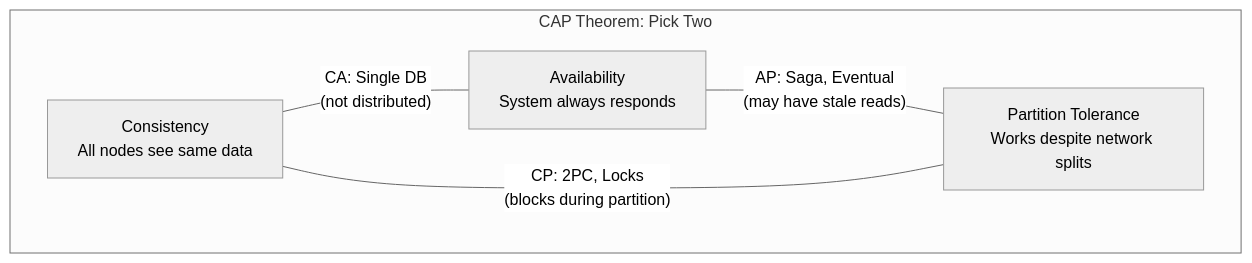
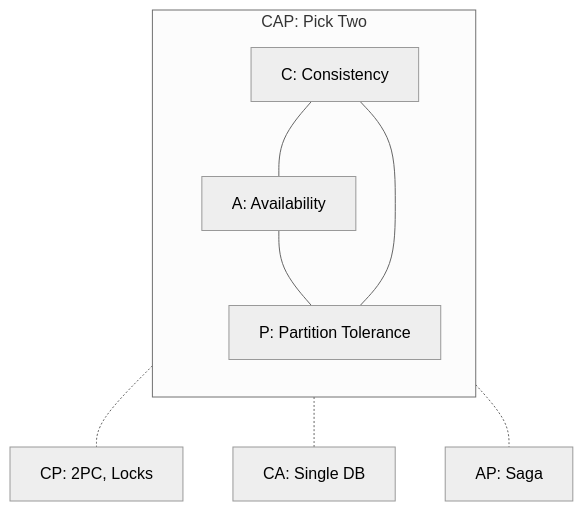
One commit to calmrocks/system-design-dive-deep changed the first of 11 diagrams in SystemDesign/SystemDesign/Sessions/Distributed Transactions/Distributed Transactions.md. Above: the diagram before and after it, drawn with Mermaid (neutral theme). The commit also changed other lines of this file, not shown here.

Commit message:
vault backup: 2026-01-26 14:40:21

```diff
--- a/SystemDesign/SystemDesign/Sessions/Distributed Transactions/Distributed Transactions.md
+++ b/SystemDesign/SystemDesign/Sessions/Distributed Transactions/Distributed Transactions.md
@@ -51,12 +51,13 @@
 ~~~mermaid
-flowchart TB
-    subgraph CAP["CAP Theorem: Pick Two"]
-        C["Consistency<br/>All nodes see same data"]
-        A["Availability<br/>System always responds"]
-        P["Partition Tolerance<br/>Works despite network splits"]
+flowchart TD
+    subgraph CAP["CAP: Pick Two"]
+        direction TB
+        C["C: Consistency"] --- A["A: Availability"]
+        A --- P["P: Partition Tolerance"]
+        P --- C
     end
     
-    C ---|"CA: Single DB<br/>(not distributed)"| A
-    A ---|"AP: Saga, Eventual<br/>(may have stale reads)"| P
-    P ---|"CP: 2PC, Locks<br/>(blocks during partition)"| C
+    C -.- CP["CP: 2PC, Locks"]
+    A -.- CA["CA: Single DB"]
+    P -.- AP["AP: Saga"]
 ~~~
```
